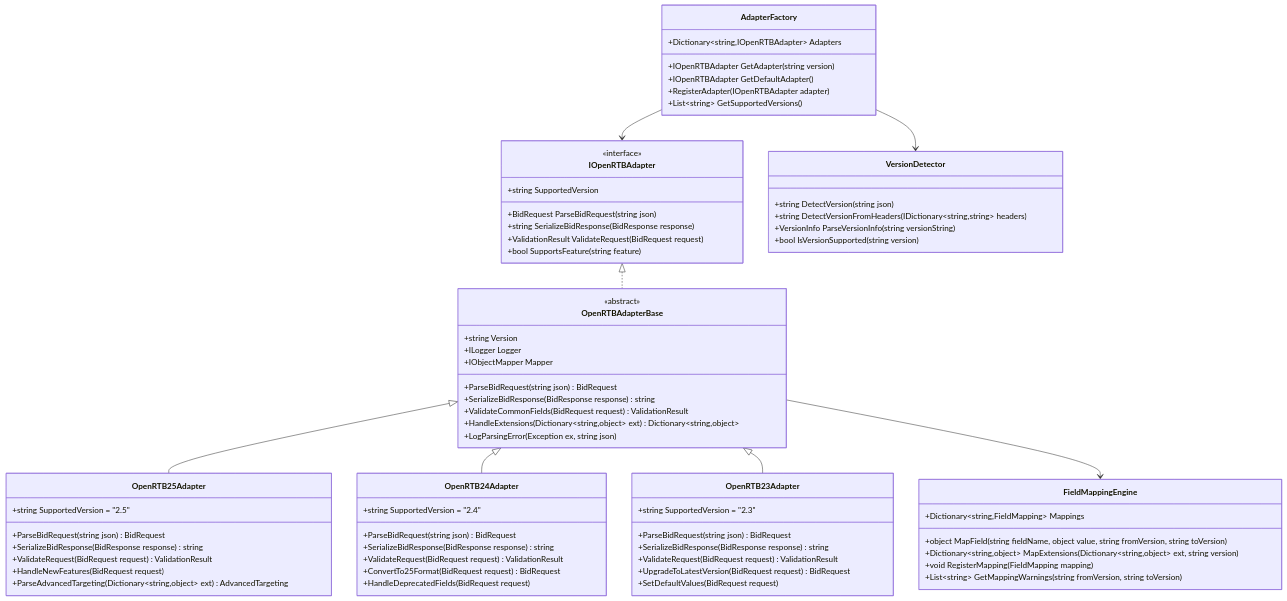
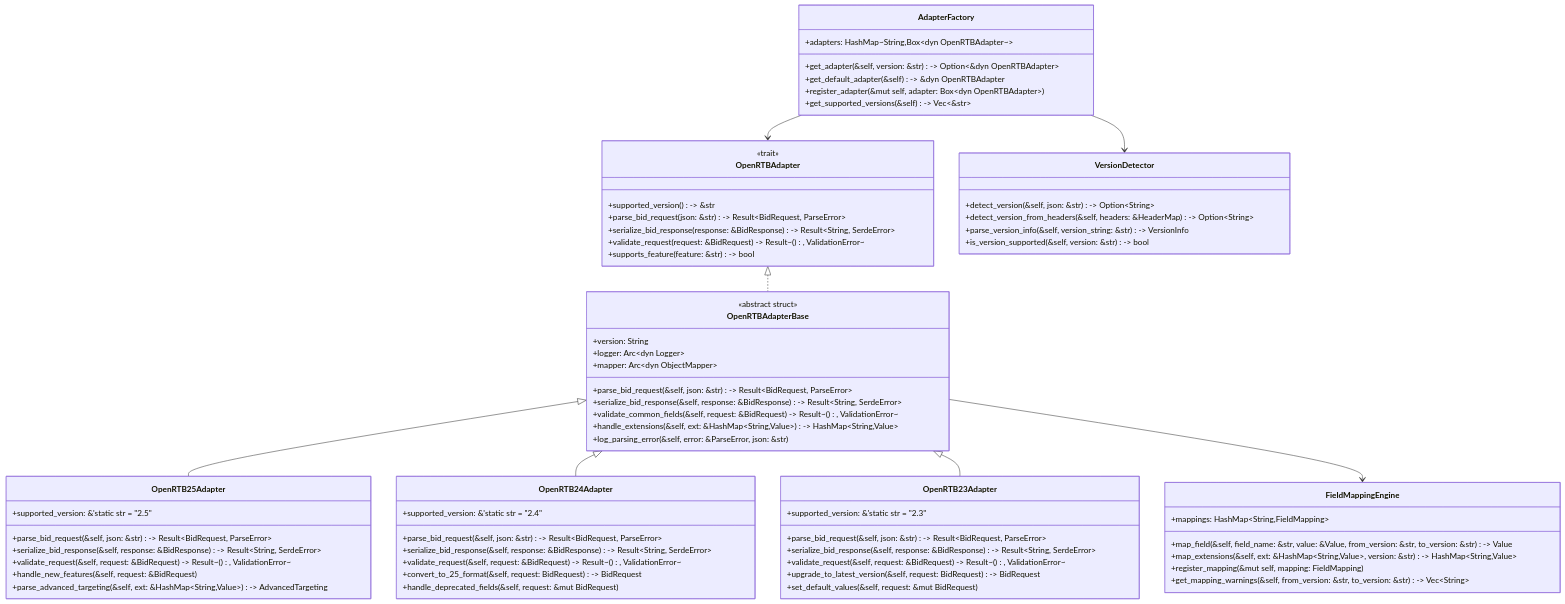
One commit to lornshrimp/Lorn.ADSP.Rust changed the fourth of 9 diagrams in docs_TecDesign/广告投放引擎/数据外部协议对象设计.md. Above: the diagram before and after it, drawn with Mermaid. The commit also changed other lines of this file and 8 other files, not shown here.

````diff
--- a/docs_TecDesign/广告投放引擎/数据外部协议对象设计.md
+++ b/docs_TecDesign/广告投放引擎/数据外部协议对象设计.md
@@ -249,82 +249,82 @@
 ```mermaid
 classDiagram
-    class IOpenRTBAdapter {
-        <<interface>>
-        +string SupportedVersion
-        +BidRequest ParseBidRequest(string json)
-        +string SerializeBidResponse(BidResponse response)
-        +ValidationResult ValidateRequest(BidRequest request)
-        +bool SupportsFeature(string feature)
+    class OpenRTBAdapter {
+        <<trait>>
+        +supported_version() -> &str
+        +parse_bid_request(json: &str) -> Result~BidRequest, ParseError~
+        +serialize_bid_response(response: &BidResponse) -> Result~String, SerdeError~
+        +validate_request(request: &BidRequest) -> Result~(), ValidationError~
+        +supports_feature(feature: &str) -> bool
     }
     
     class OpenRTBAdapterBase {
-        <<abstract>>
-        +string Version
-        +ILogger Logger
-        +IObjectMapper Mapper
-        +ParseBidRequest(string json) BidRequest
-        +SerializeBidResponse(BidResponse response) string
-        +ValidateCommonFields(BidRequest request) ValidationResult
-        +HandleExtensions(Dictionary~string,object~ ext) Dictionary~string,object~
-        +LogParsingError(Exception ex, string json)
+        <<abstract struct>>
+        +version: String
+        +logger: Arc~dyn Logger~
+        +mapper: Arc~dyn ObjectMapper~
+        +parse_bid_request(&self, json: &str) -> Result~BidRequest, ParseError~
+        +serialize_bid_response(&self, response: &BidResponse) -> Result~String, SerdeError~
+        +validate_common_fields(&self, request: &BidRequest) -> Result~(), ValidationError~
+        +handle_extensions(&self, ext: &HashMap~String,Value~) -> HashMap~String,Value~
+        +log_parsing_error(&self, error: &ParseError, json: &str)
     }
     
     class OpenRTB25Adapter {
-        +string SupportedVersion = "2.5"
-        +ParseBidRequest(string json) BidRequest
-        +SerializeBidResponse(BidResponse response) string
-        +ValidateRequest(BidRequest request) ValidationResult
-        +HandleNewFeatures(BidRequest request)
-        +ParseAdvancedTargeting(Dictionary~string,object~ ext) AdvancedTargeting
+        +supported_version: &'static str = "2.5"
+        +parse_bid_request(&self, json: &str) -> Result~BidRequest, ParseError~
+        +serialize_bid_response(&self, response: &BidResponse) -> Result~String, SerdeError~
+        +validate_request(&self, request: &BidRequest) -> Result~(), ValidationError~
+        +handle_new_features(&self, request: &BidRequest)
+        +parse_advanced_targeting(&self, ext: &HashMap~String,Value~) -> AdvancedTargeting
     }
     
     class OpenRTB24Adapter {
-        +string SupportedVersion = "2.4"
-        +ParseBidRequest(string json) BidRequest
-        +SerializeBidResponse(BidResponse response) string
-        +ValidateRequest(BidRequest request) ValidationResult
-        +ConvertTo25Format(BidRequest request) BidRequest
-        +HandleDeprecatedFields(BidRequest request)
+        +supported_version: &'static str = "2.4"
+        +parse_bid_request(&self, json: &str) -> Result~BidRequest, ParseError~
+        +serialize_bid_response(&self, response: &BidResponse) -> Result~String, SerdeError~
+        +validate_request(&self, request: &BidRequest) -> Result~(), ValidationError~
+        +convert_to_25_format(&self, request: BidRequest) -> BidRequest
+        +handle_deprecated_fields(&self, request: &mut BidRequest)
     }
     
     class OpenRTB23Adapter {
-        +string SupportedVersion = "2.3"
-        +ParseBidRequest(string json) BidRequest
-        +SerializeBidResponse(BidResponse response) string
-        +ValidateRequest(BidRequest request) ValidationResult
-        +UpgradeToLatestVersion(BidRequest request) BidRequest
-        +SetDefaultValues(BidRequest request)
+        +supported_version: &'static str = "2.3"
+        +parse_bid_request(&self, json: &str) -> Result~BidRequest, ParseError~
+        +serialize_bid_response(&self, response: &BidResponse) -> Result~String, SerdeError~
+        +validate_request(&self, request: &BidRequest) -> Result~(), ValidationError~
+        +upgrade_to_latest_version(&self, request: BidRequest) -> BidRequest
+        +set_default_values(&self, request: &mut BidRequest)
     }
     
     class AdapterFactory {
-        +Dictionary~string,IOpenRTBAdapter~ Adapters
-        +IOpenRTBAdapter GetAdapter(string version)
-        +IOpenRTBAdapter GetDefaultAdapter()
-        +RegisterAdapter(IOpenRTBAdapter adapter)
-        +List~string~ GetSupportedVersions()
+        +adapters: HashMap~String,Box~dyn OpenRTBAdapter~~
+        +get_adapter(&self, version: &str) -> Option~&dyn OpenRTBAdapter~
+        +get_default_adapter(&self) -> &dyn OpenRTBAdapter
+        +register_adapter(&mut self, adapter: Box~dyn OpenRTBAdapter~)
+        +get_supported_versions(&self) -> Vec~&str~
     }
     
     class VersionDetector {
-        +string DetectVersion(string json)
-        +string DetectVersionFromHeaders(IDictionary~string,string~ headers)
-        +VersionInfo ParseVersionInfo(string versionString)
-        +bool IsVersionSupported(string version)
+        +detect_version(&self, json: &str) -> Option~String~
+        +detect_version_from_headers(&self, headers: &HeaderMap) -> Option~String~
+        +parse_version_info(&self, version_string: &str) -> VersionInfo
+        +is_version_supported(&self, version: &str) -> bool
     }
     
     class FieldMappingEngine {
-        +Dictionary~string,FieldMapping~ Mappings
-        +object MapField(string fieldName, object value, string fromVersion, string toVersion)
-        +Dictionary~string,object~ MapExtensions(Dictionary~string,object~ ext, string version)
-        +void RegisterMapping(FieldMapping mapping)
-        +List~string~ GetMappingWarnings(string fromVersion, string toVersion)
+        +mappings: HashMap~String,FieldMapping~
+        +map_field(&self, field_name: &str, value: &Value, from_version: &str, to_version: &str) -> Value
+        +map_extensions(&self, ext: &HashMap~String,Value~, version: &str) -> HashMap~String,Value~
+        +register_mapping(&mut self, mapping: FieldMapping)
+        +get_mapping_warnings(&self, from_version: &str, to_version: &str) -> Vec~String~
     }
     
-    IOpenRTBAdapter <|.. OpenRTBAdapterBase
+    OpenRTBAdapter <|.. OpenRTBAdapterBase
     OpenRTBAdapterBase <|-- OpenRTB25Adapter
     OpenRTBAdapterBase <|-- OpenRTB24Adapter
     OpenRTBAdapterBase <|-- OpenRTB23Adapter
     
-    AdapterFactory --> IOpenRTBAdapter
+    AdapterFactory --> OpenRTBAdapter
     AdapterFactory --> VersionDetector
     OpenRTBAdapterBase --> FieldMappingEngine
 ```
````
